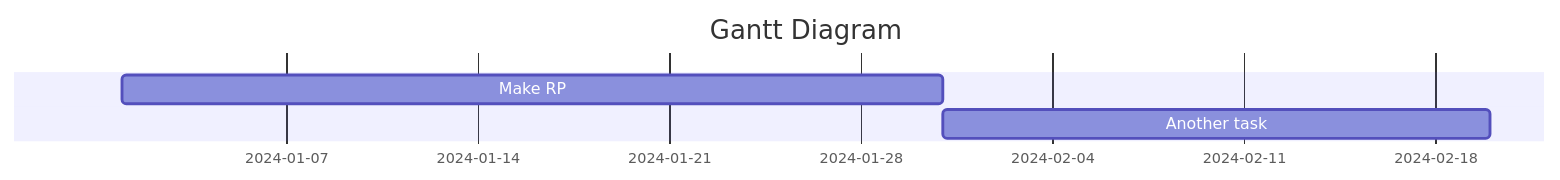
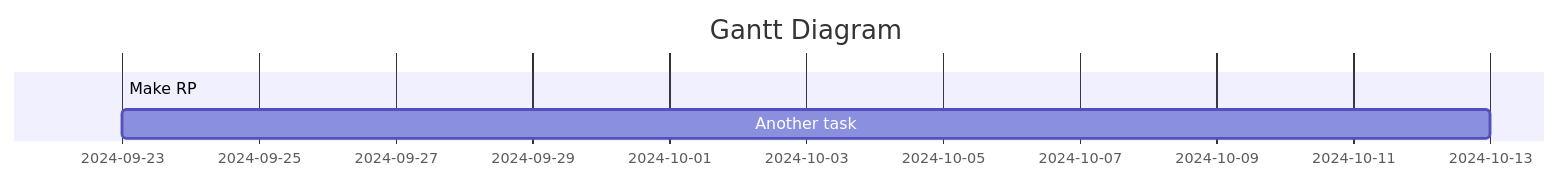
One commit to safwasd/iodraw-files changed the diagram in all/代码甘特图.md. Above: the diagram before and after it, drawn with Mermaid.

Commit message:
2024-09-28 14:56:50 update

````diff
--- a/all/代码甘特图.md
+++ b/all/代码甘特图.md
@@ -1,10 +1,10 @@
 ```mermaid
 gantt
     title Gantt Diagram
     dateFormat  YYYY-MM-DD
     section  
-    Make RP          :a1, 2024-, 30d
+    Make RP          :a1, 2024-9-23, d
     Another task     :after a1  , 20d
     
             
 ```
````
